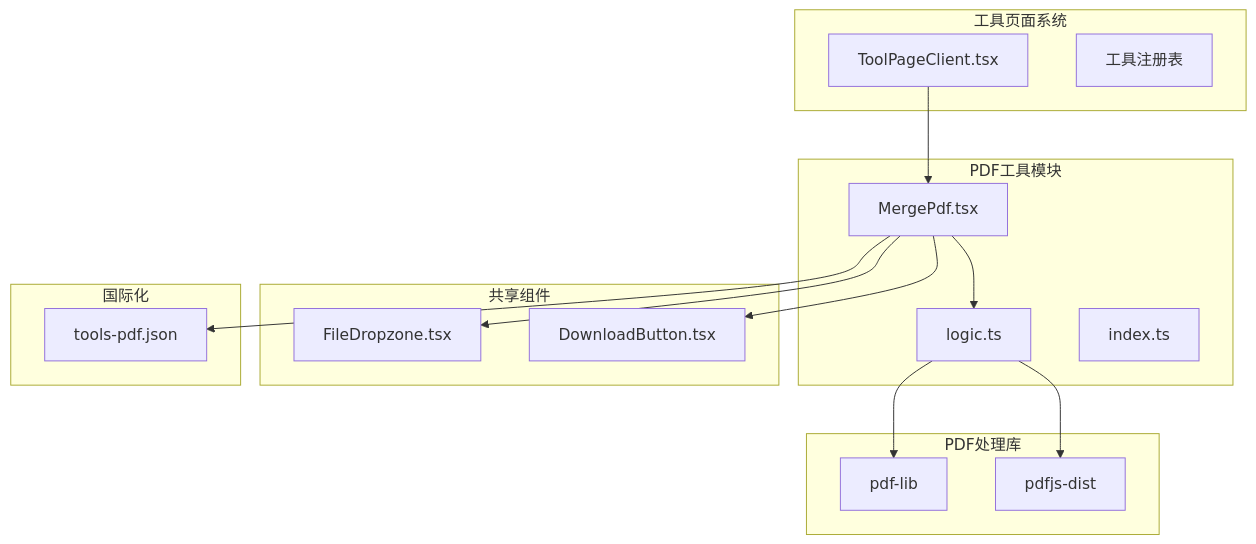
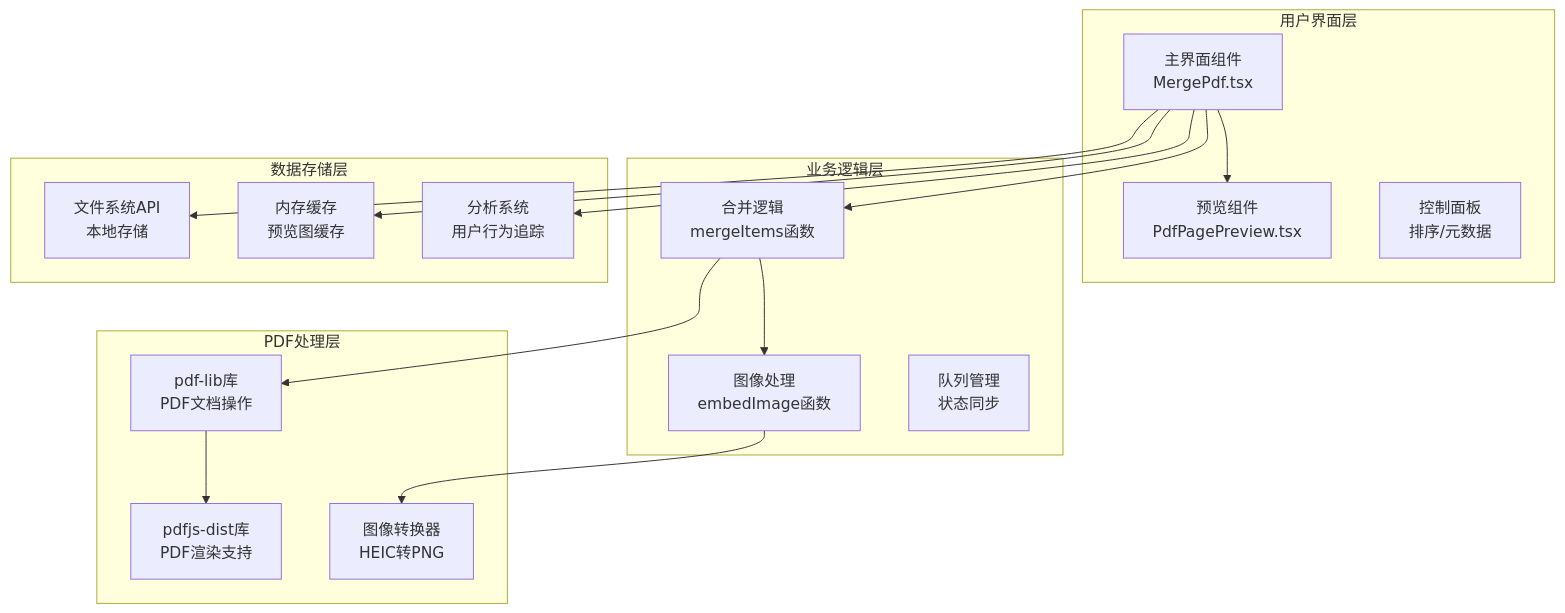
The first of 11 diagrams in .qoder/repowiki/zh/content/PDF工具/PDF合并工具.md (sgyy/privadeck), drawn with Mermaid before and after one commit. The commit also changed other lines of this file and 3 other files, not shown here.

First line of the commit message:
feat(pdf): 升级为PDF与图像综合处理系统

````diff
--- a/.qoder/repowiki/zh/content/PDF工具/PDF合并工具.md
+++ b/.qoder/repowiki/zh/content/PDF工具/PDF合并工具.md
@@ -44,30 +66,32 @@
 ```mermaid
 graph TB
-subgraph "PDF工具模块"
-MergePdf[MergePdf.tsx]
-MergeLogic[logic.ts]
-MergeIndex[index.ts]
+subgraph "用户界面层"
+UI[主界面组件<br/>MergePdf.tsx]
+Preview[预览组件<br/>PdfPagePreview.tsx]
+Controls[控制面板<br/>排序/元数据]
 end
-subgraph "共享组件"
-FileDropzone[FileDropzone.tsx]
-DownloadButton[DownloadButton.tsx]
+subgraph "业务逻辑层"
+MergeLogic[合并逻辑<br/>mergeItems函数]
+ImageLogic[图像处理<br/>embedImage函数]
+QueueManager[队列管理<br/>状态同步]
 end
-subgraph "工具页面系统"
-ToolPageClient[ToolPageClient.tsx]
-ToolRegistry[工具注册表]
+subgraph "PDF处理层"
+PdfLib[pdf-lib库<br/>PDF文档操作]
+PdfJsDist[pdfjs-dist库<br/>PDF渲染支持]
+ImageConverter[图像转换器<br/>HEIC转PNG]
 end
-subgraph "国际化"
-ToolsPdfJSON[tools-pdf.json]
+subgraph "数据存储层"
+FileSystem[文件系统API<br/>本地存储]
+MemoryCache[内存缓存<br/>预览图缓存]
+Analytics[分析系统<br/>用户行为追踪]
 end
-subgraph "PDF处理库"
-PdfLib[pdf-lib]
-PdfJsDist[pdfjs-dist]
-end
-MergePdf --> FileDropzone
-MergePdf --> DownloadButton
-MergePdf --> MergeLogic
-MergePdf --> ToolsPdfJSON
-ToolPageClient --> MergePdf
+UI --> MergeLogic
+UI --> Preview
 MergeLogic --> PdfLib
-MergeLogic --> PdfJsDist
+MergeLogic --> ImageLogic
+ImageLogic --> ImageConverter
+PdfLib --> PdfJsDist
+UI --> FileSystem
+UI --> MemoryCache
+UI --> Analytics
 ```
````
